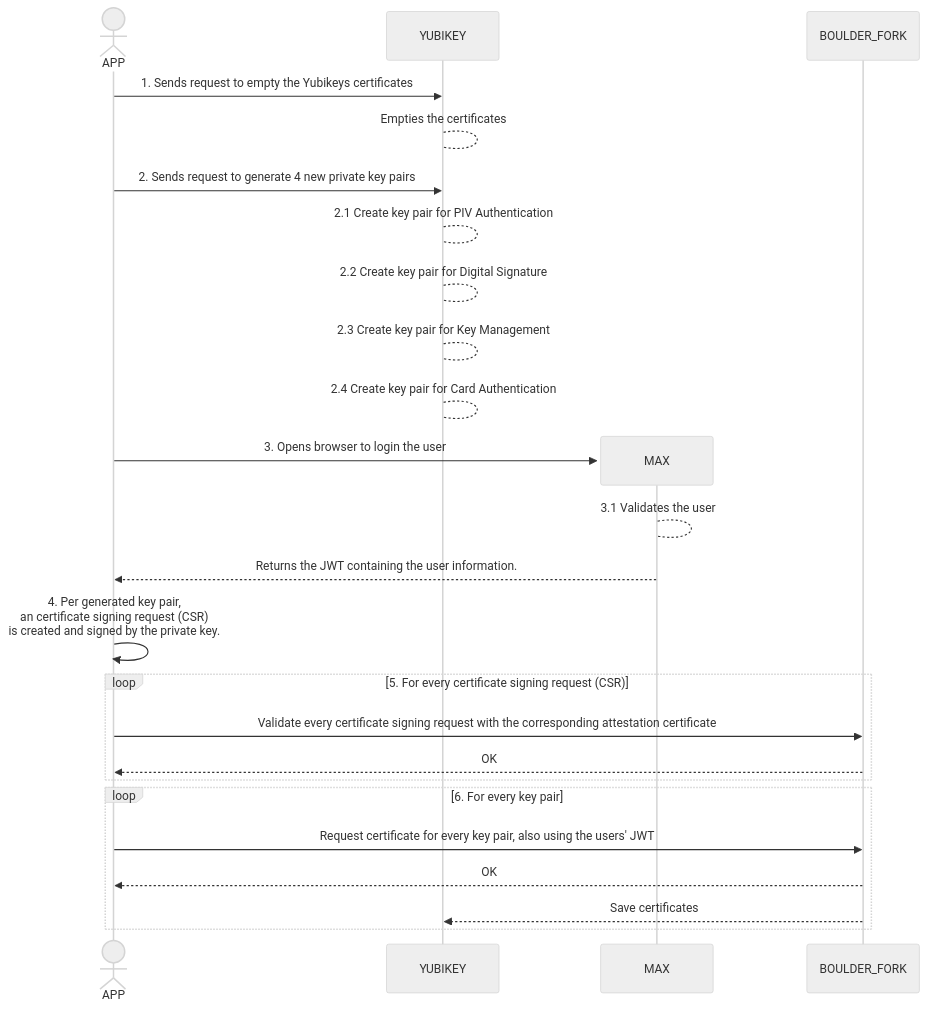
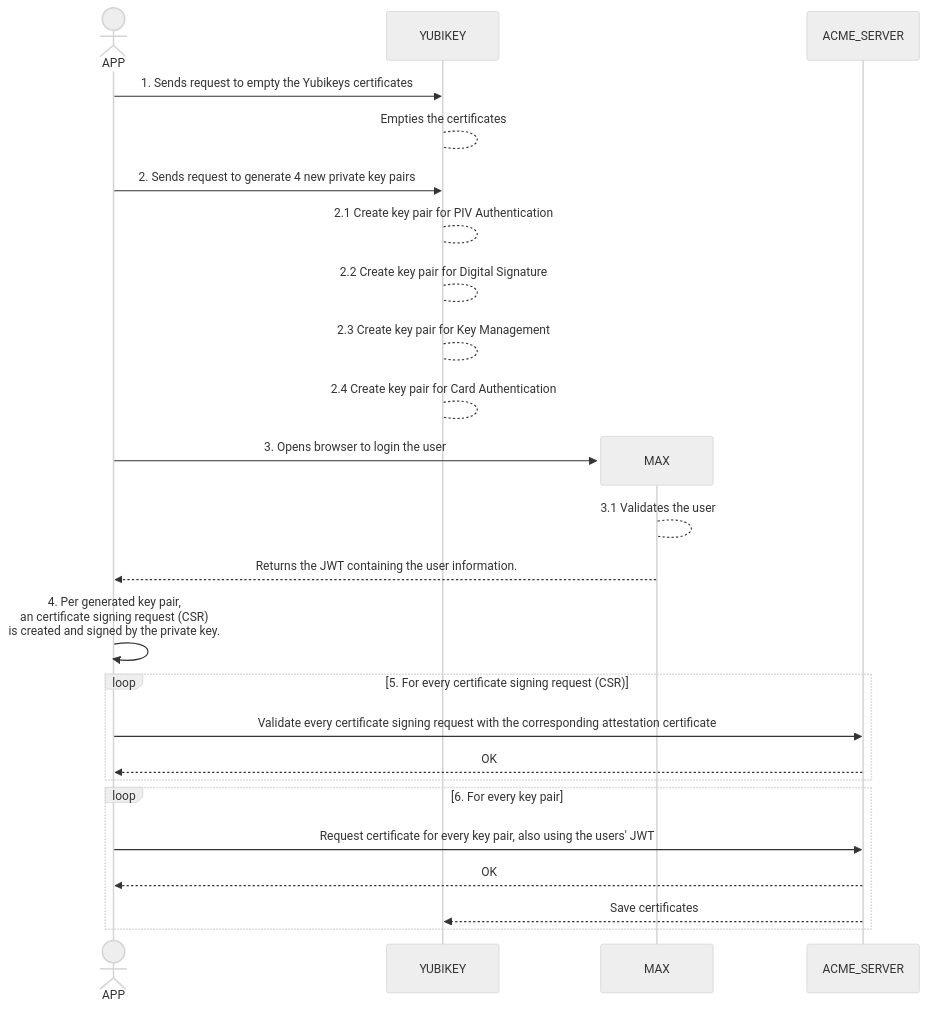
Before and after one commit to minvws/nl-uzipoc-yubisign: the diagram in README.md, drawn with Mermaid (neutral theme).

Commit message:
Change reference to acme ca

````diff
--- a/README.md
+++ b/README.md
@@ -19,34 +19,34 @@
 ```mermaid
 sequenceDiagram
     actor APP
     participant YUBIKEY
 
     APP->>YUBIKEY: 1. Sends request to empty the Yubikeys certificates
     YUBIKEY-->YUBIKEY: Empties the certificates
 
     APP->>YUBIKEY: 2. Sends request to generate 4 new private key pairs
     YUBIKEY-->YUBIKEY: 2.1 Create key pair for PIV Authentication
     YUBIKEY-->YUBIKEY: 2.2 Create key pair for Digital Signature
     YUBIKEY-->YUBIKEY: 2.3 Create key pair for Key Management
     YUBIKEY-->YUBIKEY: 2.4 Create key pair for Card Authentication
 
     create participant MAX
     APP->>MAX: 3. Opens browser to login the user
     MAX-->MAX: 3.1 Validates the user
     MAX-->>APP: Returns the JWT containing the user information.
 
     APP->>APP: 4. Per generated key pair, <br> an certificate signing request (CSR)<br> is created and signed by the private key.
 
-    create participant BOULDER_FORK
+    create participant ACME_SERVER
     loop 5. For every certificate signing request (CSR)
-        APP->>BOULDER_FORK: Validate every certificate signing request with the corresponding attestation certificate
-        BOULDER_FORK-->>APP: OK
+        APP->>ACME_SERVER: Validate every certificate signing request with the corresponding attestation certificate
+        ACME_SERVER-->>APP: OK
     end
 
     loop 6. For every key pair
-        APP->>BOULDER_FORK: Request certificate for every key pair, also using the users' JWT
-        BOULDER_FORK-->>APP: OK
-        BOULDER_FORK-->>YUBIKEY: Save certificates
+        APP->>ACME_SERVER: Request certificate for every key pair, also using the users' JWT
+        ACME_SERVER-->>APP: OK
+        ACME_SERVER-->>YUBIKEY: Save certificates
     end
 
 ```
````
